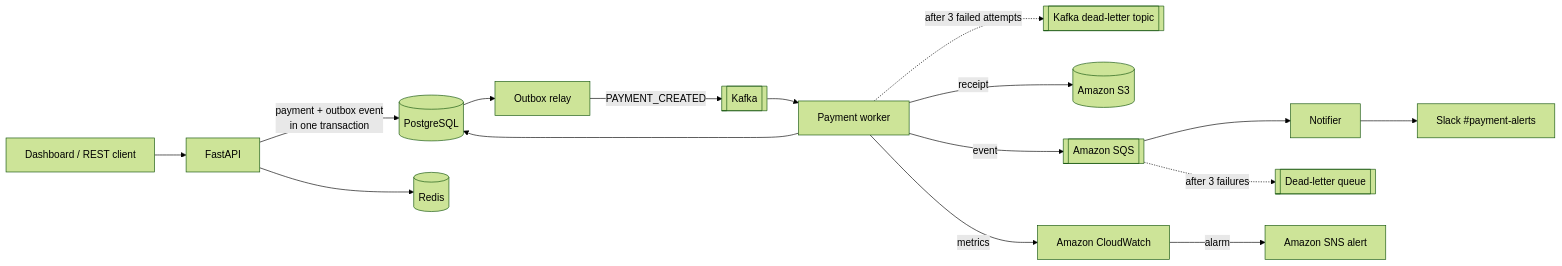
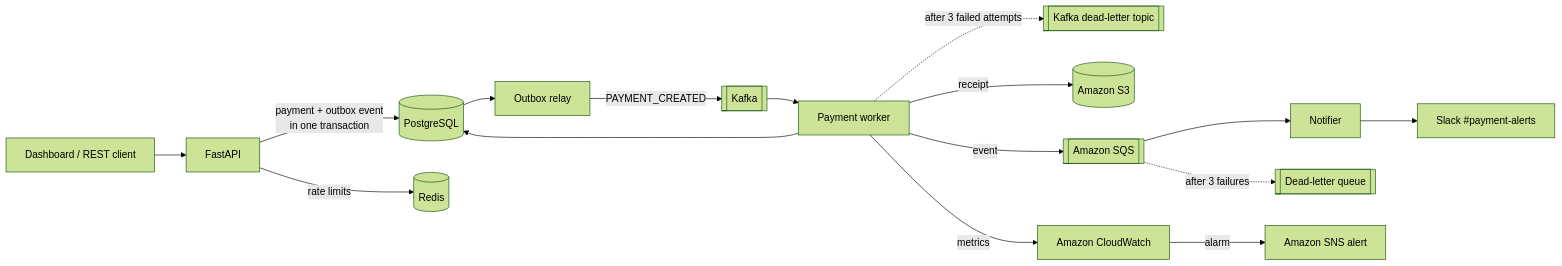
The diagram in README.md (anuranganathan/LedgerFlow), drawn with Mermaid (forest theme) before and after one commit. The commit also changed other lines of this file and 23 other files, not shown here.

````diff
--- a/README.md
+++ b/README.md
@@ -11,18 +11,18 @@
 ```mermaid
 flowchart LR
     Client[Dashboard / REST client] --> API[FastAPI]
     API -- payment + outbox event<br/>in one transaction --> DB[(PostgreSQL)]
-    API --> Cache[(Redis)]
+    API -- rate limits --> Cache[(Redis)]
     DB --> Relay[Outbox relay]
     Relay -- PAYMENT_CREATED --> Kafka[[Kafka]]
     Kafka --> Worker[Payment worker]
     Worker -. after 3 failed attempts .-> KDLQ[[Kafka dead-letter topic]]
     Worker --> DB
     Worker -- receipt --> S3[(Amazon S3)]
     Worker -- event --> SQS[[Amazon SQS]]
     Worker -- metrics --> CW[Amazon CloudWatch]
     SQS --> Notifier[Notifier]
     Notifier --> Slack[Slack #payment-alerts]
     SQS -. after 3 failures .-> DLQ[[Dead-letter queue]]
     CW -- alarm --> SNS[Amazon SNS alert]
 ```
````
